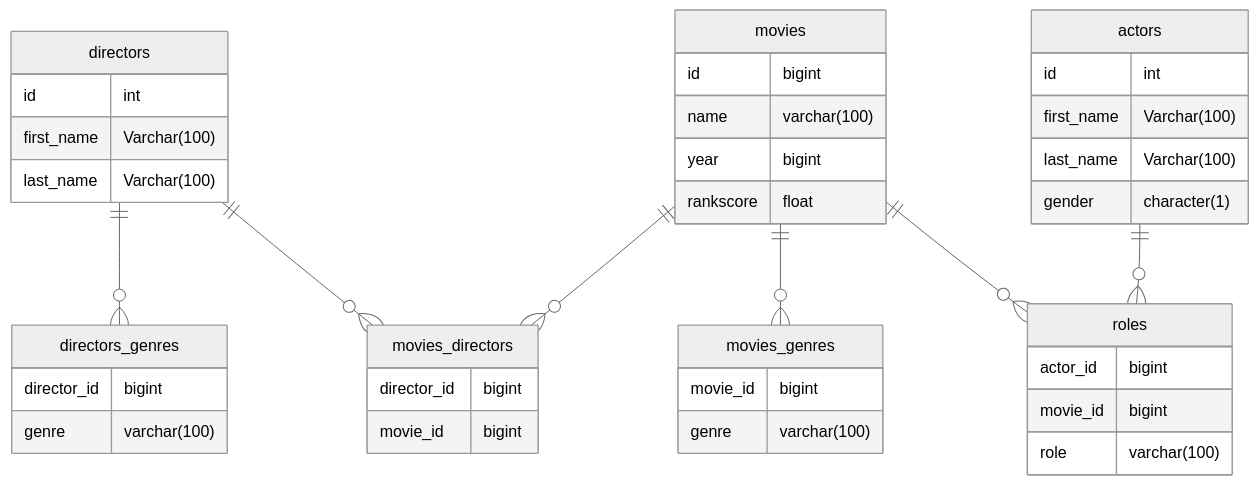
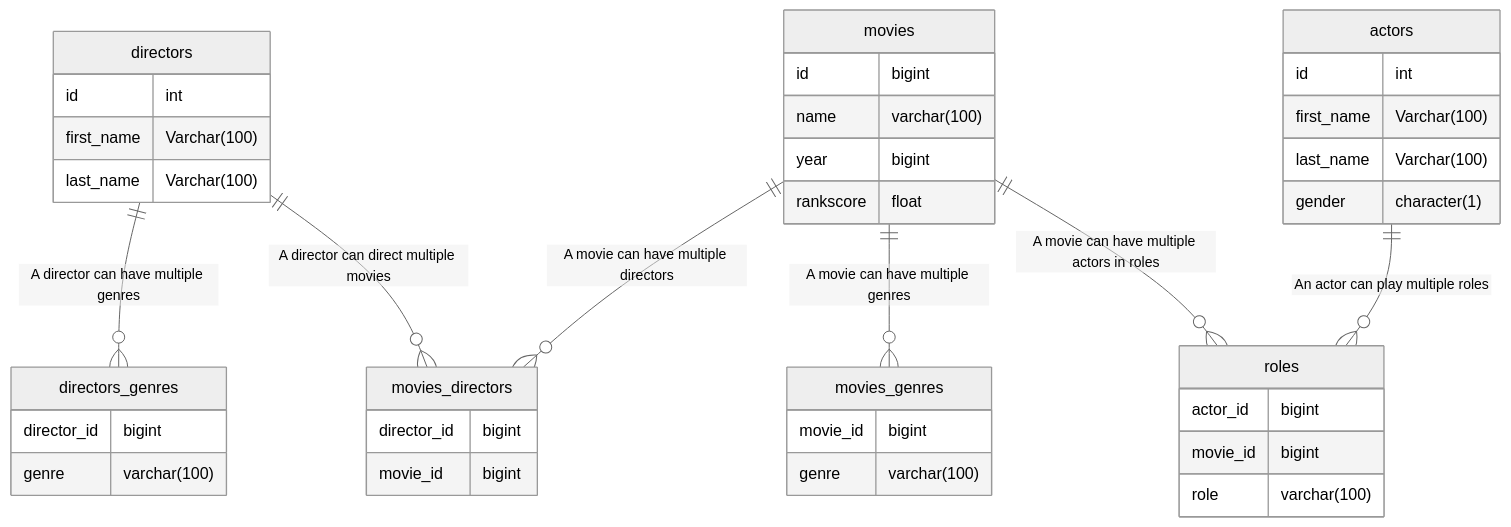
One commit to siddiq24/koda-b4-db3 changed the diagram in README.md. Above: the diagram before and after it, drawn with Mermaid (neutral theme).

Commit message:
chore: add relations name

````diff
--- a/README.md
+++ b/README.md
@@ -2,46 +2,46 @@
 ```mermaid
     erDiagram
         actors{
             id int
             first_name Varchar(100)
             last_name Varchar(100)
             gender character(1)
         }
         directors{
             id int
             first_name Varchar(100)
             last_name Varchar(100)
         }
         directors_genres{
             director_id bigint
             genre varchar(100)
         }
 
         movies{
             id bigint
             name varchar(100)
             year bigint
             rankscore float
         }
         movies_directors{
             director_id bigint
             movie_id bigint
         }
 
         movies_genres{
             movie_id bigint
             genre varchar(100)
         }
         roles{
             actor_id bigint
             movie_id bigint
             role varchar(100)
         }
 
-        directors ||--o{ directors_genres : ""
-        movies ||--o{ movies_directors : ""
-        directors ||--o{ movies_directors : ""
-        movies ||--o{ movies_genres : ""
-        actors ||--o{ roles : ""
-        movies ||--o{ roles : ""
+        directors ||--o{ directors_genres : "A director can have multiple genres"
+        movies ||--o{ movies_directors : "A movie can have multiple directors"
+        directors ||--o{ movies_directors : "A director can direct multiple movies"
+        movies ||--o{ movies_genres : "A movie can have multiple genres"
+        actors ||--o{ roles : "An actor can play multiple roles"
+        movies ||--o{ roles : "A movie can have multiple actors in roles"
 ```
````
